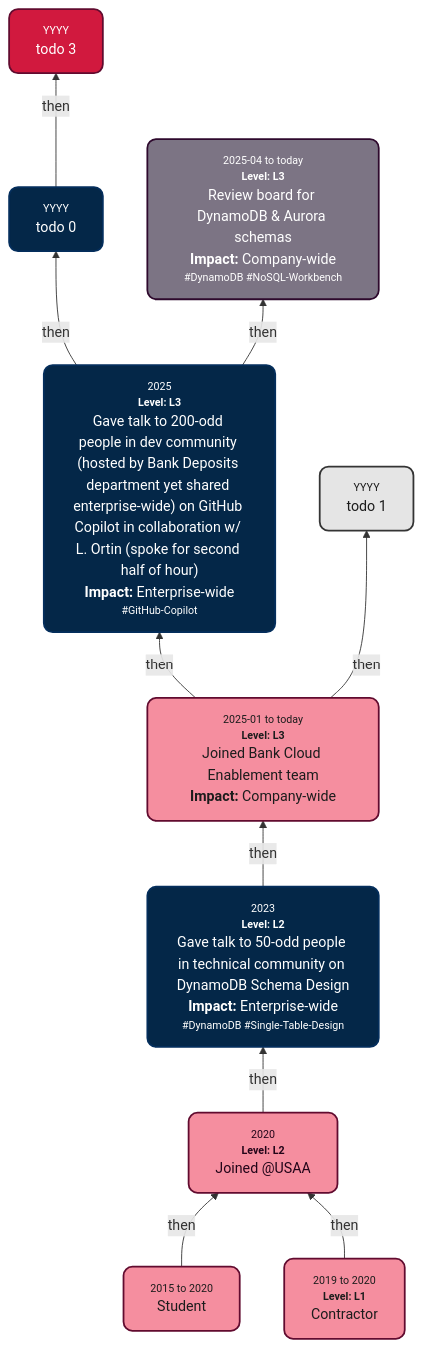
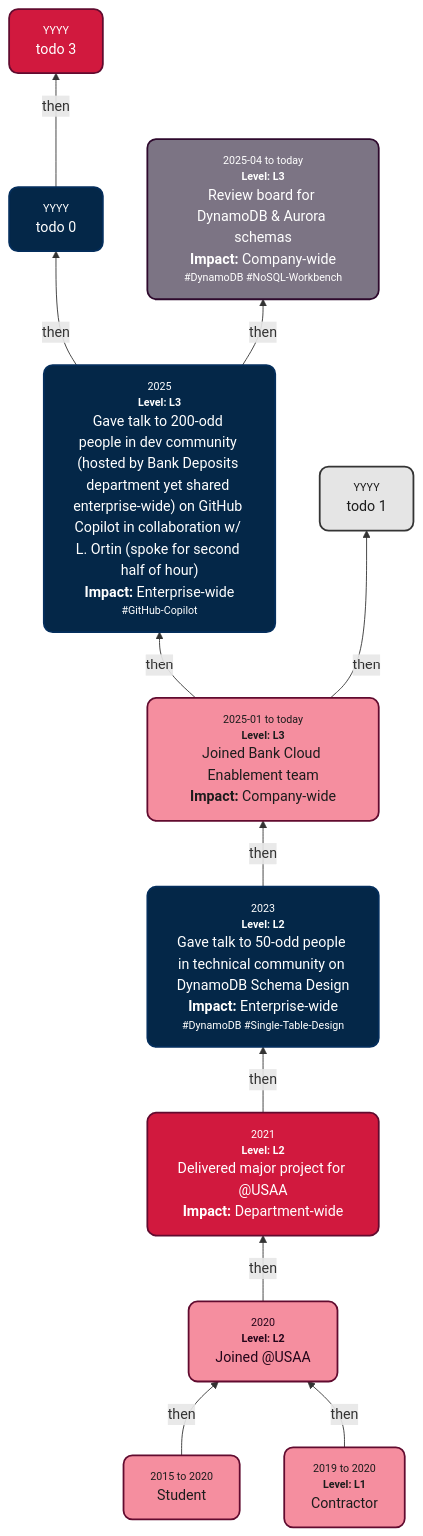
Before and after one commit to s-sepanski/portfolio: the diagram in README.md, drawn with Mermaid. The commit also changed other lines of this file, not shown here.

Commit message:
task: add node

````diff
--- a/README.md
+++ b/README.md
@@ -37,24 +39,26 @@
 ```mermaid
 graph BT
     PreStudentNode["<div style='font-size:75%;  color:#848484; text-align:center;'>2015 to 2020</div>Student"] -->|then| A["<div style='font-size:75%; color:#848484; text-align:center;'>2020</div><div style='font-size:75%; color:#848484; text-align:center;'><b>Level: L2</b><br/></div>Joined @USAA<br>"]
     ContractorNode["<div style='font-size:75%; color:#848484; text-align:center;'>2019 to 2020</div><div style='font-size:75%; color:#848484; text-align:center;'><b>Level: L1</b></div>Contractor"] -->|then| A
-    A -->|then| Chat["<div style='font-size:75%; color:#848484; text-align:center;'>2023</div><div style='font-size:75%; color:#848484; text-align:center;'><b>Level: L2</b><br/></div>Gave talk to 50-odd people in technical community on DynamoDB Schema Design<br/><b>Impact: </b>Enterprise-wide<div style='font-size:75%; color:#848484; text-align:center;'>#DynamoDB #Single-Table-Design<br/></div>"]
+    A -->|then| Creation1["<div style='font-size:75%; color:#848484; text-align:center;'>2021</div><div style='font-size:75%; color:#848484; text-align:center;'><b>Level: L2</b><br/></div>Delivered major project for @USAA<br/><b>Impact: </b>Department-wide"]
+    Creation1 -->|then| Chat["<div style='font-size:75%; color:#848484; text-align:center;'>2023</div><div style='font-size:75%; color:#848484; text-align:center;'><b>Level: L2</b><br/></div>Gave talk to 50-odd people in technical community on DynamoDB Schema Design<br/><b>Impact: </b>Enterprise-wide<div style='font-size:75%; color:#848484; text-align:center;'>#DynamoDB #Single-Table-Design<br/></div>"]
     Chat -->|then| B["<div style='font-size:75%; color:#848484; text-align:center;'>2025-01 to today</div><div style='font-size:75%; color:#848484; text-align:center;'><b>Level: L3</b><br/></div>Joined Bank Cloud Enablement team<br/><b>Impact: </b>Company-wide"]
     B -->|then| C["<div style='font-size:75%; color:#848484; text-align:center;'>2025</div><div style='font-size:75%; color:#848484; text-align:center;'><b>Level: L3</b><br/></div>Gave talk to 200-odd people in dev community (hosted by Bank Deposits department yet shared enterprise-wide) on GitHub Copilot in collaboration w/ L. Ortin (spoke for second half of hour)<br/><b>Impact: </b>Enterprise-wide<div style='font-size:75%; color:#848484; text-align:center;'>#GitHub-Copilot<br/></div>"]
     C -->|then| D["<div style='font-size:75%; color:#848484; text-align:center;'>YYYY</div>todo 0"]
     B -->|then| E["<div style='font-size:75%; color:#848484; text-align:center;'>YYYY</div>todo 1"]
     C -->|then| F["<div style='font-size:75%; color:#848484; text-align:center;'>2025-04 to today</div><div style='font-size:75%; color:#848484; text-align:center;'><b>Level: L3</b><br/></div>Review board for DynamoDB & Aurora schemas<br/><b>Impact: </b>Company-wide<div style='font-size:75%; color:#848484; text-align:center;'>#DynamoDB #NoSQL-Workbench<br/></div>"]
     D -->|then| G["<div style='font-size:75%; color:#848484; text-align:center;'>YYYY</div>todo 3"]
     style PreStudentNode fill:#f58e9f,stroke:#610b2f,stroke-width:2px,color:#1c1c1c
     style ContractorNode fill:#f58e9f,stroke:#610b2f,stroke-width:2px,color:#1c1c1c
     style A fill:#f58e9f,stroke:#610b2f,stroke-width:2px,color:#230519
+    style Creation1 fill:#d1193e,stroke:#610b2f,stroke-width:2px,color:#FFFFFF
     style Chat fill:#042748,stroke:#042e5c,stroke-width:2px,color:#FFFFFF
     style B fill:#f58e9f,stroke:#610b2f,stroke-width:2px,color:#1c1c1c
     style C fill:#042748,stroke:#042e5c,stroke-width:2px,color:#FFFFFF
     style D fill:#042748,stroke:#042e5c,stroke-width:2px,color:#FFFFFF
     style E fill:#e5e5e5,stroke:#343434,stroke-width:2px,color:#1c1c1c
     style F fill:#7c7484,stroke:#2e092d,stroke-width:2px,color:#FFFFFF
     style G fill:#d1193e,stroke:#610b2f,stroke-width:2px,color:#FFFFFF
     classDef rounded stroke-width:2px,rx:10,ry:10;
-    class PreStudentNode,ContractorNode,A,Chat,B,C,D,E,F,G rounded;
+    class PreStudentNode,ContractorNode,A,Creation1,Chat,B,C,D,E,F,G rounded;
 ```
````
